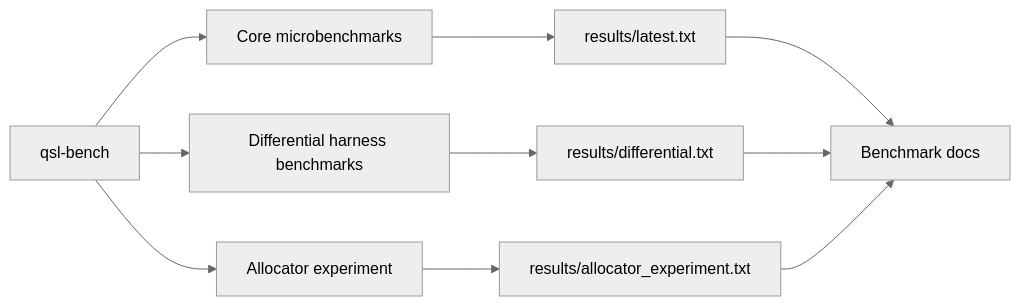
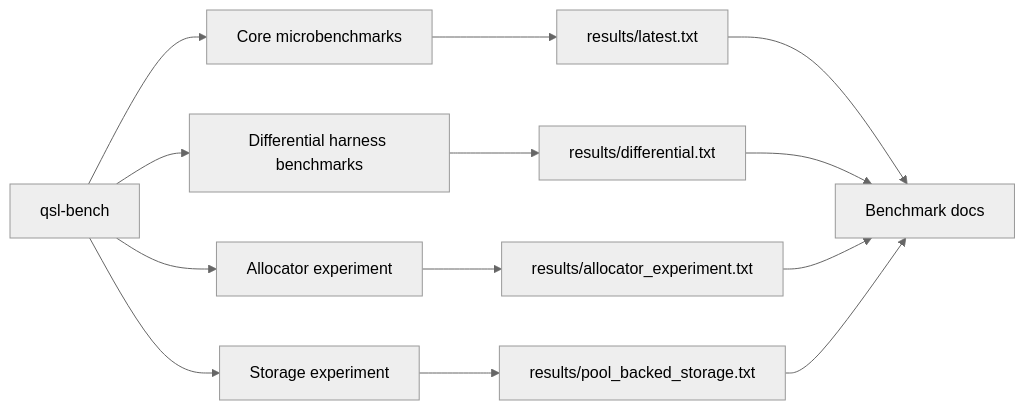
The diagram in docs/benchmarking.md (div0rce/quant-systems-lab), drawn with Mermaid (neutral theme) before and after one commit. The commit also changed other lines of this file and 18 other files, not shown here.

First line of the commit message:
perf: evaluate pool-backed order-book storage (#96)

````diff
--- a/docs/benchmarking.md
+++ b/docs/benchmarking.md
@@ -7,12 +7,15 @@
 ```mermaid
 flowchart LR
     bench[qsl-bench] --> core[Core microbenchmarks]
     bench --> diff[Differential harness benchmarks]
     bench --> pool[Allocator experiment]
+    bench --> storage[Storage experiment]
     core --> latest[results/latest.txt]
     diff --> diffout[results/differential.txt]
     pool --> poolout[results/allocator_experiment.txt]
+    storage --> storageout[results/pool_backed_storage.txt]
     latest --> docs[Benchmark docs]
     diffout --> docs
     poolout --> docs
+    storageout --> docs
 ```
````
